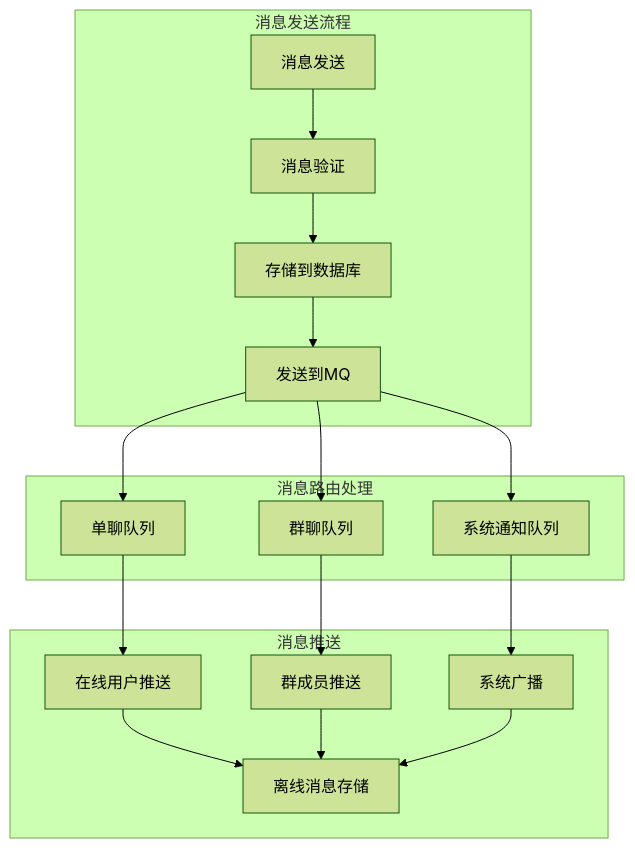
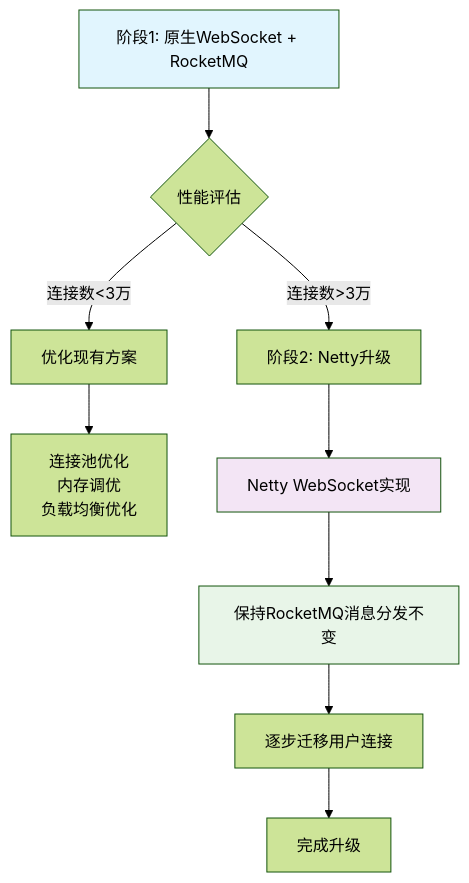
One commit to carso66/maxkb changed the seventh of 9 diagrams in technical-solution.md. Above: the diagram before and after it, drawn with Mermaid (forest theme). The commit also changed other lines of this file, not shown here.

````diff
--- a/technical-solution.md
+++ b/technical-solution.md
@@ -1865,24 +2147,17 @@
 ```mermaid
 graph TD
-    subgraph "消息发送流程"
-        A[消息发送] --> B[消息验证]
-        B --> C[存储到数据库]
-        C --> D[发送到MQ]
-    end
+    A[阶段1: 原生WebSocket + RocketMQ] --> B{性能评估}
+    B -->|连接数<3万| C[优化现有方案]
+    B -->|连接数>3万| D[阶段2: Netty升级]
     
-    subgraph "消息路由处理"
-        D --> E[单聊队列]
-        D --> F[群聊队列]
-        D --> G[系统通知队列]
-    end
+    C --> E[连接池优化<br>内存调优<br>负载均衡优化]
     
-    subgraph "消息推送"
-        E --> H[在线用户推送]
-        F --> I[群成员推送]
-        G --> J[系统广播]
-        
-        H --> K[离线消息存储]
-        I --> K
-        J --> K
-    end
+    D --> F[Netty WebSocket实现]
+    F --> G[保持RocketMQ消息分发不变]
+    G --> H[逐步迁移用户连接]
+    H --> I[完成升级]
+    
+    style A fill:#e1f5fe
+    style F fill:#f3e5f5
+    style G fill:#e8f5e8
 ```
````
